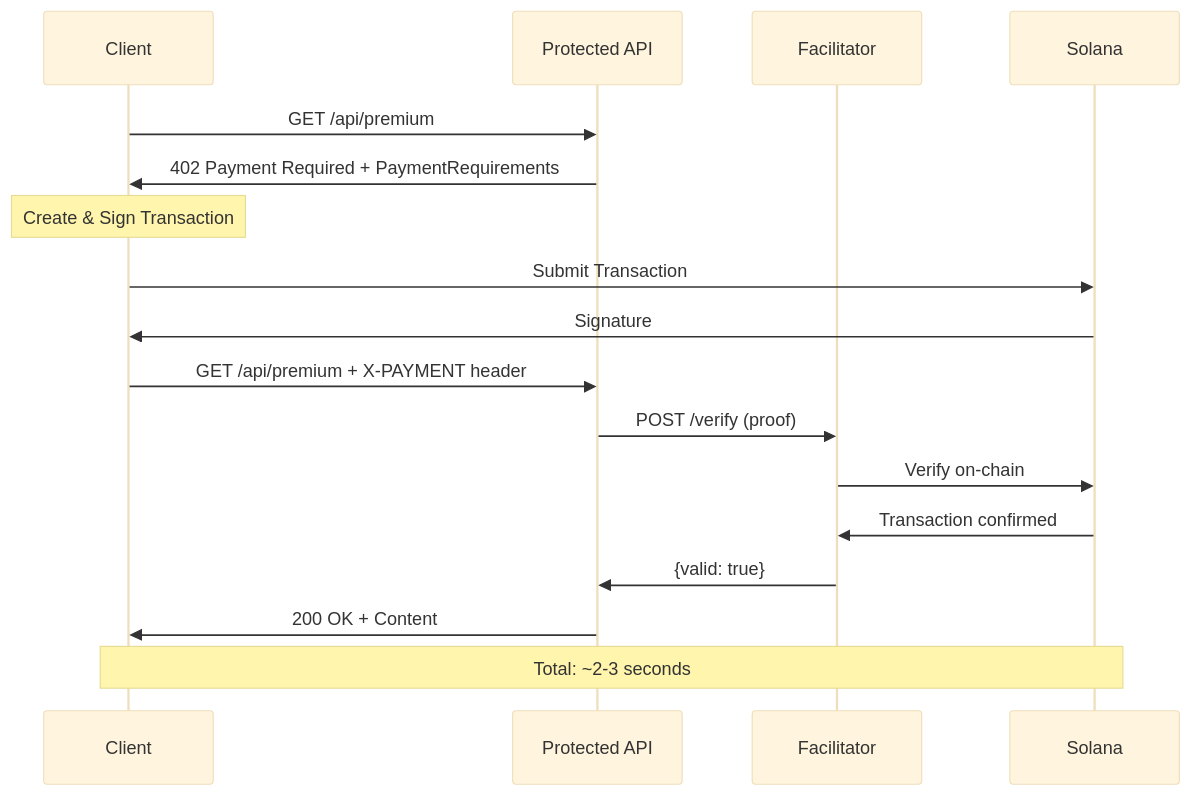
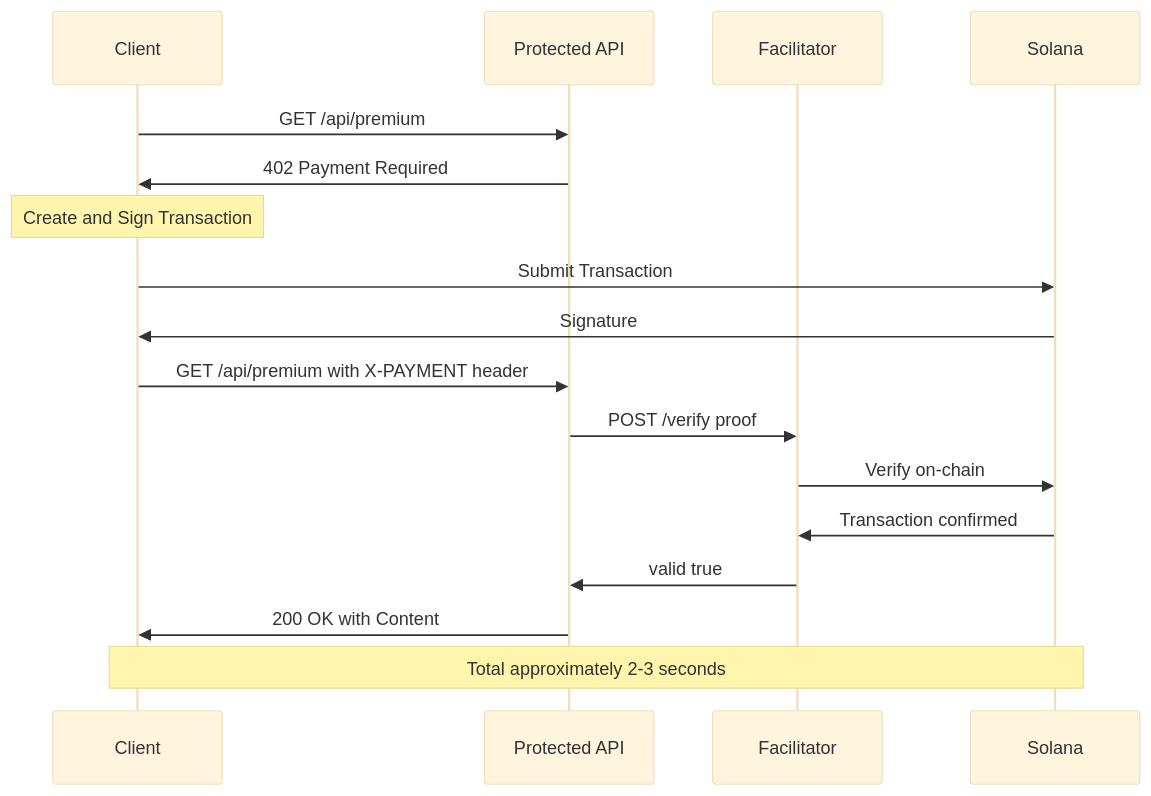
One commit to Blessedbiello/402pay changed the second of 3 diagrams in README.md. Above: the diagram before and after it, drawn with Mermaid (base theme). The commit also changed other lines of this file, not shown here.

First line of the commit message:
fix: Fix Mermaid diagram rendering issues in README

````diff
--- a/README.md
+++ b/README.md
@@ -221,24 +221,24 @@
 ```mermaid
 sequenceDiagram
     participant Client
     participant API as Protected API
     participant Facilitator
     participant Solana
 
     Client->>API: GET /api/premium
-    API->>Client: 402 Payment Required + PaymentRequirements
+    API->>Client: 402 Payment Required
 
-    Note over Client: Create & Sign Transaction
+    Note over Client: Create and Sign Transaction
 
     Client->>Solana: Submit Transaction
     Solana->>Client: Signature
 
-    Client->>API: GET /api/premium + X-PAYMENT header
-    API->>Facilitator: POST /verify (proof)
+    Client->>API: GET /api/premium with X-PAYMENT header
+    API->>Facilitator: POST /verify proof
     Facilitator->>Solana: Verify on-chain
     Solana->>Facilitator: Transaction confirmed
-    Facilitator->>API: {valid: true}
-    API->>Client: 200 OK + Content
+    Facilitator->>API: valid true
+    API->>Client: 200 OK with Content
 
-    Note over Client,Solana: Total: ~2-3 seconds
+    Note over Client,Solana: Total approximately 2-3 seconds
 ```
````
